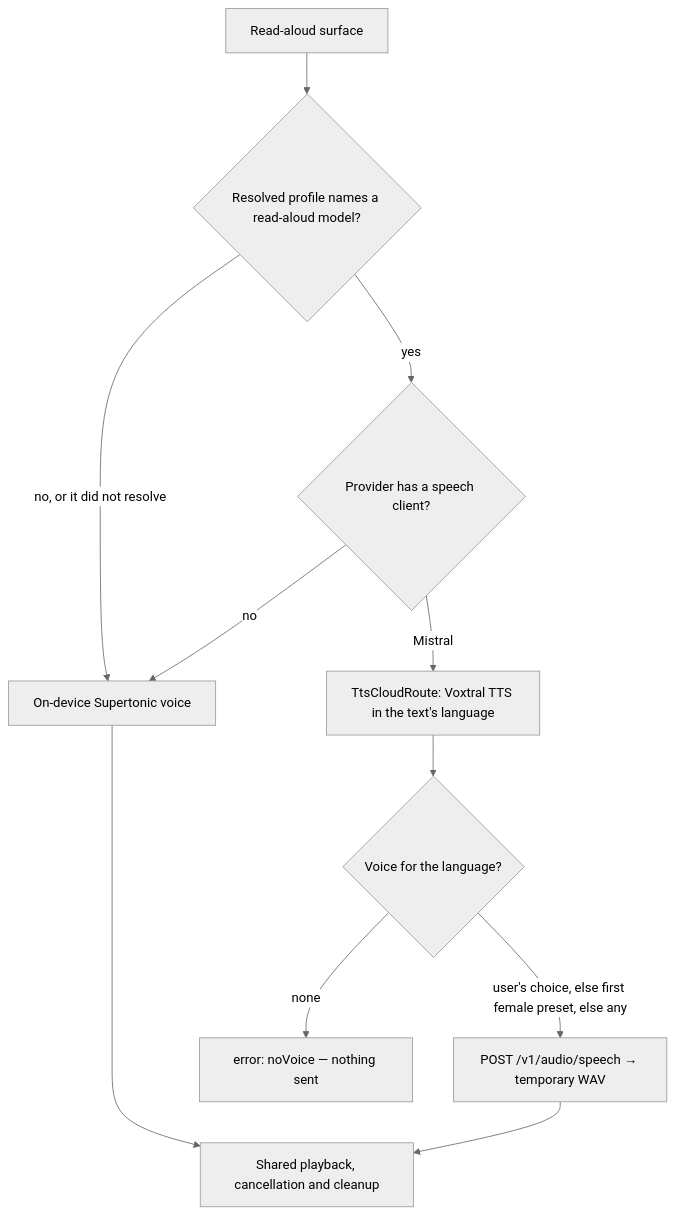
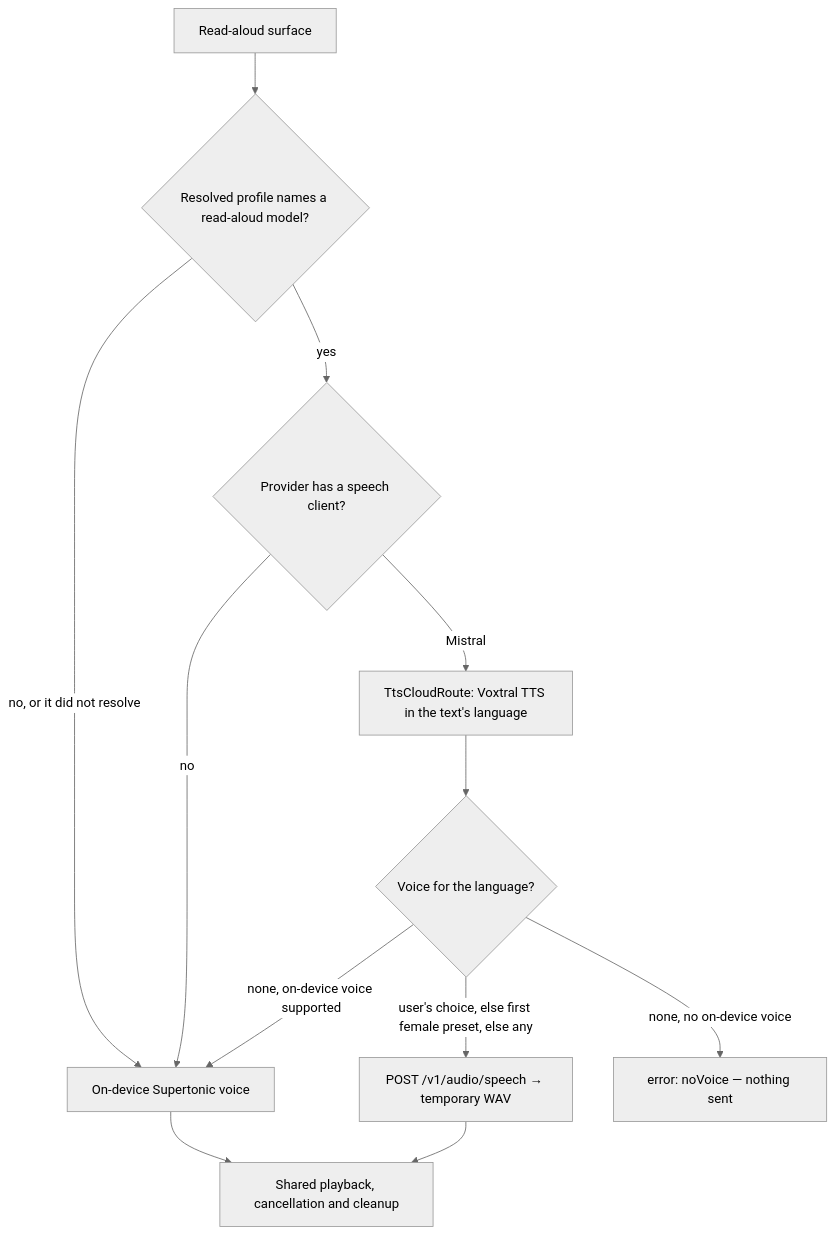
Before and after one commit to matthiasn/lotti: the first of 3 diagrams in knowledge/features/tts.md, drawn with Mermaid (neutral theme). The commit also changed other lines of this file and 19 other files, not shown here.

````diff
--- a/knowledge/features/tts.md
+++ b/knowledge/features/tts.md
@@ -81,13 +81,14 @@
 ```mermaid
 flowchart TD
   Surface["Read-aloud surface"] --> Profile{"Resolved profile names a read-aloud model?"}
   Profile -->|no, or it did not resolve| Local["On-device Supertonic voice"]
   Profile -->|yes| Client{"Provider has a speech client?"}
   Client -->|no| Local
   Client -->|Mistral| Cloud["TtsCloudRoute: Voxtral TTS in the text's language"]
   Cloud --> Voice{"Voice for the language?"}
   Voice -->|user's choice, else first female preset, else any| Speak["POST /v1/audio/speech → temporary WAV"]
-  Voice -->|none| NoVoice["error: noVoice — nothing sent"]
+  Voice -->|none, on-device voice supported| Local
+  Voice -->|none, no on-device voice| NoVoice["error: noVoice — nothing sent"]
   Local --> Play["Shared playback, cancellation and cleanup"]
   Speak --> Play
 ```
````
